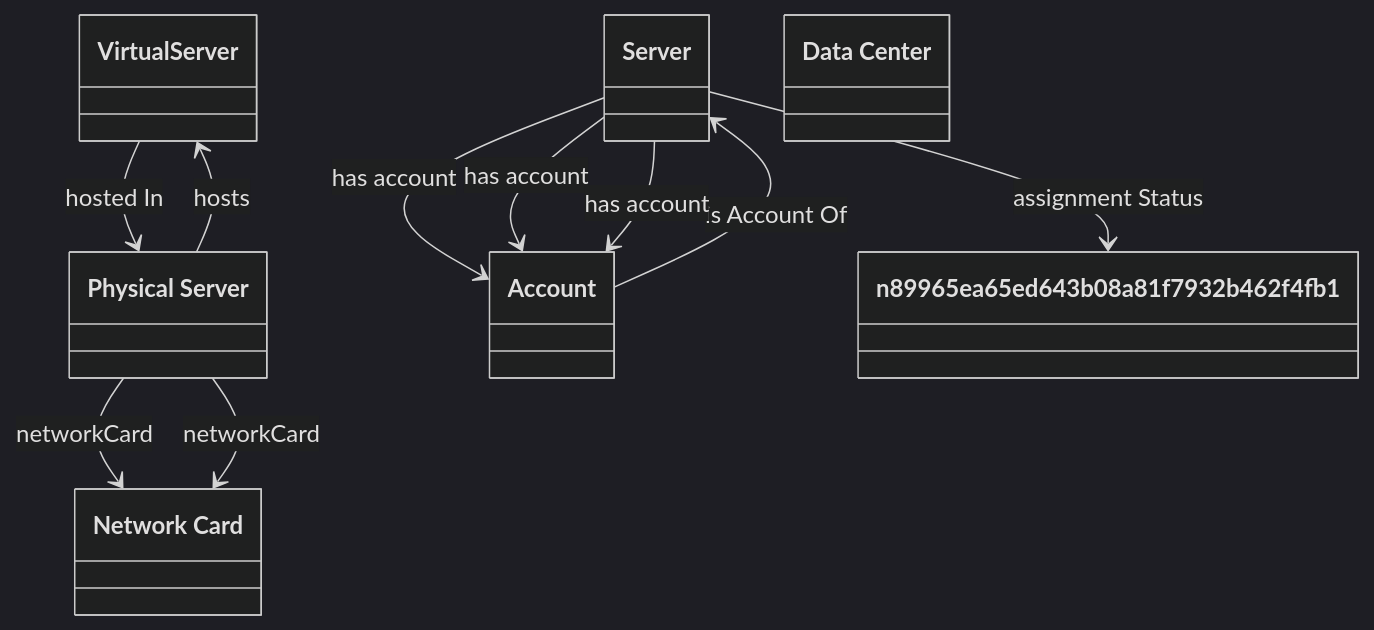
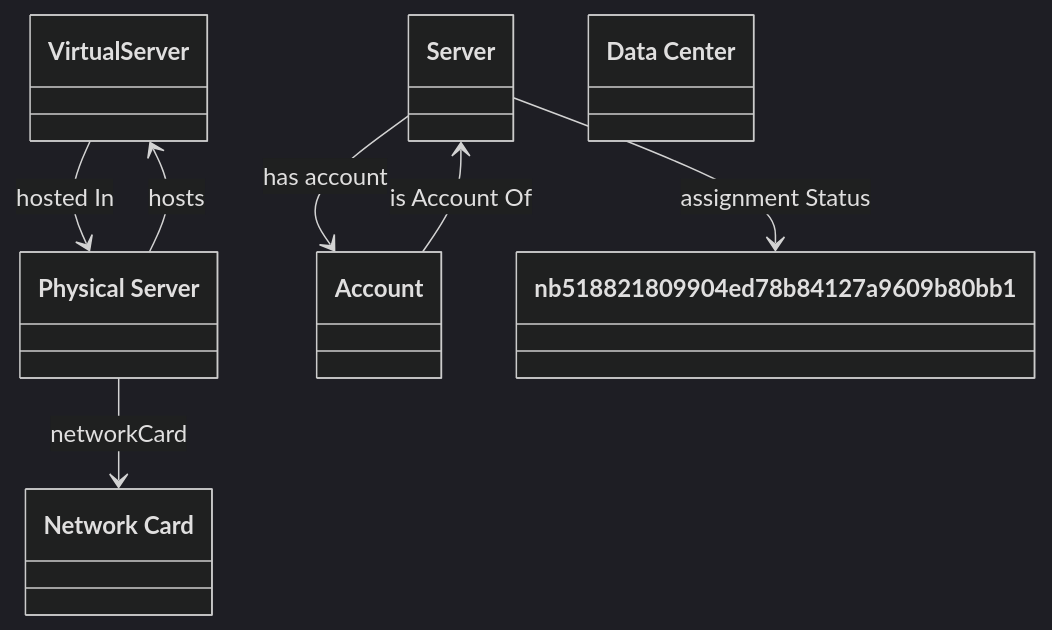
Before and after one commit to oeg-upm/Devos: the diagram in output/ieswc_freq/server.ttl-freq-7-0-hard.md, drawn with Mermaid (dark theme). The commit also changed 131 other files, not shown here.

````diff
--- a/output/ieswc_freq/server.ttl-freq-7-0-hard.md
+++ b/output/ieswc_freq/server.ttl-freq-7-0-hard.md
@@ -1,53 +1,47 @@
 ```mermaid
 	classDiagram
 
     
     class `VirtualServer` {
     
     }
 
     class `Physical Server` {
     
     }
 
     class `Server` {
     
     }
 
     class `Account` {
     
     }
 
     class `Data Center` {
     
     }
 
     class `Network Card` {
     
     }
 
-    class `n89965ea65ed643b08a81f7932b462f4fb1` {
+    class `nb518821809904ed78b84127a9609b80bb1` {
     
     }
 
 
 
+`Account`  --> `Server`   :is Account Of  
+
 `Physical Server`  --> `VirtualServer`   :hosts  
 
-`Account`  --> `Server`   :is Account Of  
+`Physical Server`  --> `Network Card`   :networkCard  
+
+`Server`  --> `nb518821809904ed78b84127a9609b80bb1`   :assignment Status  
+
+`Server`  --> `Account`   :has account  
 
 `VirtualServer`  --> `Physical Server`   :hosted In  
 
-`Server`  --> `n89965ea65ed643b08a81f7932b462f4fb1`   :assignment Status  
-
-`Server`  --> `Account`   :has account  
-
-`Physical Server`  --> `Network Card`   :networkCard  
-
-`Server`  --> `Account`   :has account  
-
-`Server`  --> `Account`   :has account  
-
-`Physical Server`  --> `Network Card`   :networkCard  
-
 ```
````
